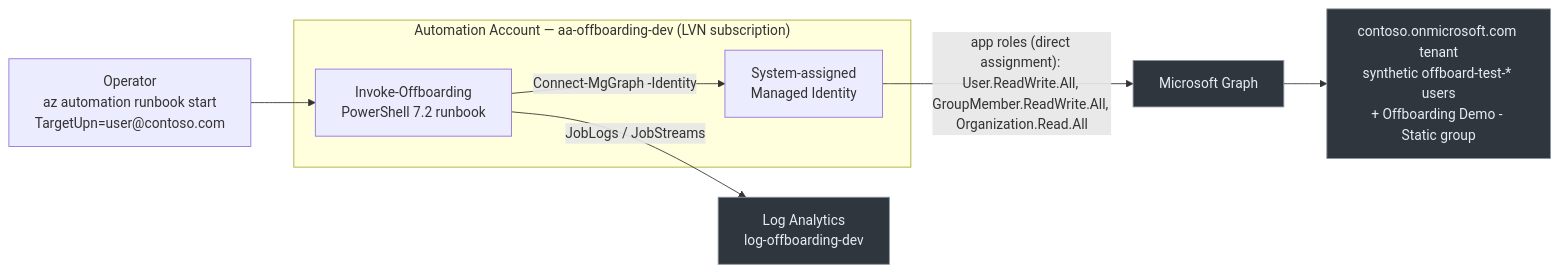
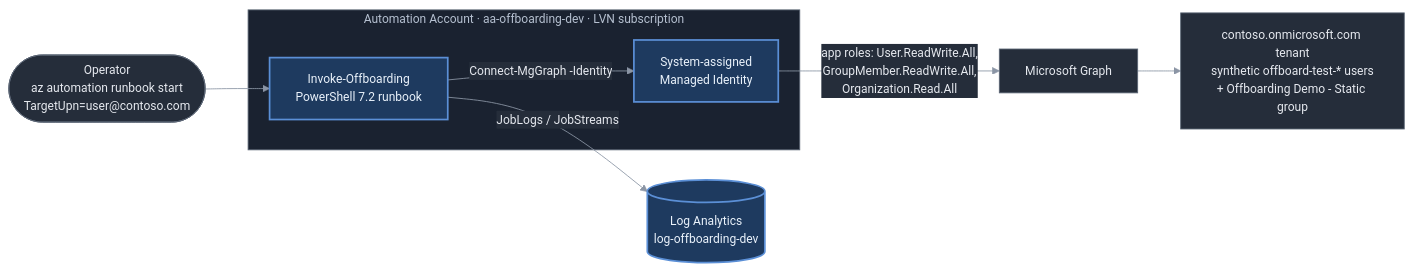
One commit to realitylvn/m365-offboarding-automator changed the diagram in docs/architecture.md. Above: the diagram before and after it, drawn with Mermaid. The commit also changed 1 other file, not shown here.

Commit message:
docs: adopt the portfolio mermaid convention (theme-pinned + classDef)
Matches azure-cost-sentinel: a %%{init}%% block pins primaryColor/textColor/
edgeLabelBackground/clusterBkg so GitHub's light/dark toggle can't swap colours,
and classDef built/ext colours every node explicitly. Shapes (stadium, cylinder)
are back and safe because nothing depends on theme defaults now. Both diagrams
render identically and legibly in both GitHub themes — verified with mermaid-cli.

````diff
--- a/docs/architecture.md
+++ b/docs/architecture.md
@@ -3,16 +3,30 @@
 ```mermaid
+%%{init: {'theme':'base', 'themeVariables': {
+  'fontSize':'14px',
+  'primaryColor':'#252d3a',
+  'primaryTextColor':'#e6e9ef',
+  'primaryBorderColor':'#5b6675',
+  'lineColor':'#8b95a5',
+  'textColor':'#e6e9ef',
+  'edgeLabelBackground':'#252d3a',
+  'clusterBkg':'#1a2230',
+  'clusterBorder':'#5b6675'
+}}}%%
 flowchart LR
-  op["Operator<br/>az automation runbook start<br/>TargetUpn=user@contoso.com"] --> rb
+  op(["Operator<br/>az automation runbook start<br/>TargetUpn=user@contoso.com"]) --> rb
 
-  subgraph AA["Automation Account — aa-offboarding-dev (LVN subscription)"]
+  subgraph AA["Automation Account · aa-offboarding-dev · LVN subscription"]
     rb["Invoke-Offboarding<br/>PowerShell 7.2 runbook"]
     mi["System-assigned<br/>Managed Identity"]
   end
 
   rb -->|"Connect-MgGraph -Identity"| mi
-  mi -->|"app roles (direct assignment): User.ReadWrite.All, GroupMember.ReadWrite.All, Organization.Read.All"| msgraph["Microsoft Graph"]
+  mi -->|"app roles: User.ReadWrite.All,<br/>GroupMember.ReadWrite.All,<br/>Organization.Read.All"| msgraph["Microsoft Graph"]
   msgraph --> tenant["contoso.onmicrosoft.com tenant<br/>synthetic offboard-test-* users<br/>+ Offboarding Demo - Static group"]
-  rb -->|"JobLogs / JobStreams"| law["Log Analytics<br/>log-offboarding-dev"]
-  classDef ext fill:#30363d,stroke:#8b949e,color:#e6edf3
-  class msgraph,tenant,law ext
+  rb -->|"JobLogs / JobStreams"| law[("Log Analytics<br/>log-offboarding-dev")]
+
+  classDef built fill:#1e3a5f,stroke:#5b8fd6,stroke-width:2px,color:#eaf2fb;
+  classDef ext fill:#252d3a,stroke:#5b6675,color:#e6e9ef;
+  class rb,mi,law built;
+  class op,msgraph,tenant ext;
 ```
````
